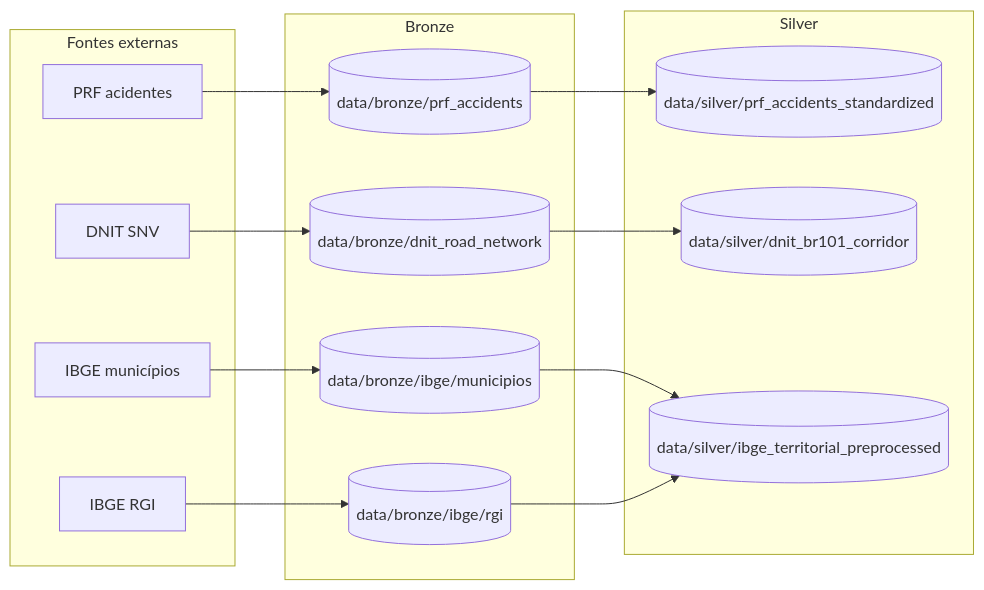
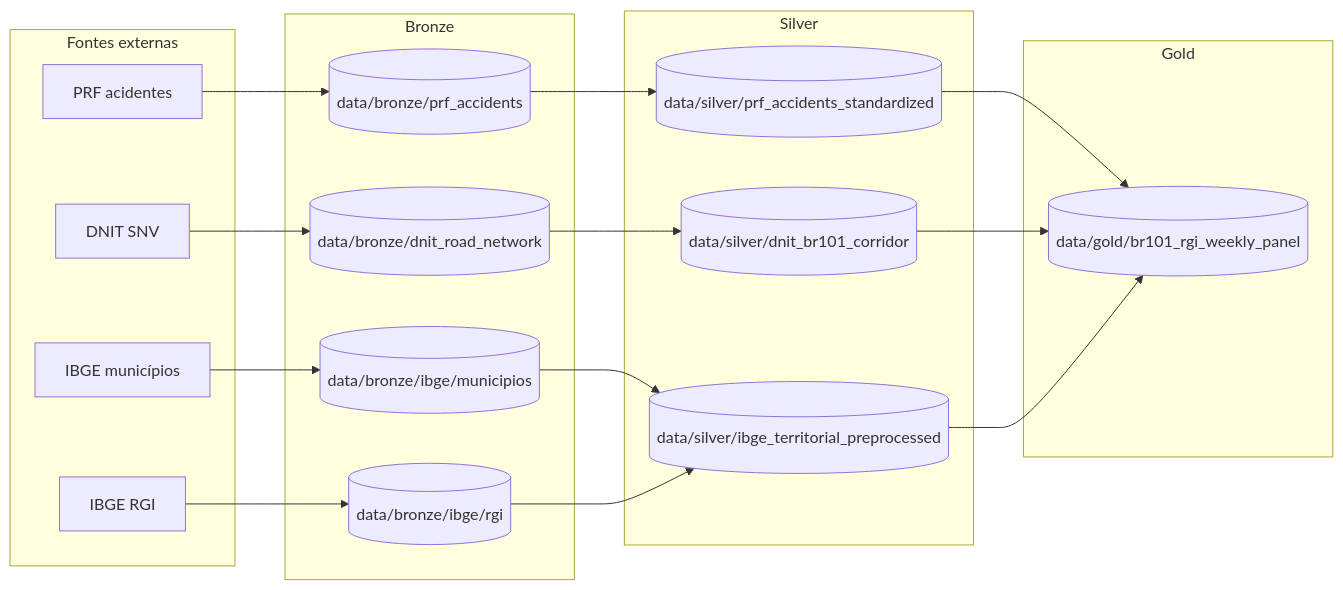
One commit to alwolmer/radar-prf-101 changed the diagram in README.md. Above: the diagram before and after it, drawn with Mermaid. The commit also changed other lines of this file and 7 other files, not shown here.

````diff
--- a/README.md
+++ b/README.md
@@ -32,27 +32,34 @@
 ```mermaid
 flowchart LR
     subgraph Sources[Fontes externas]
         PRF[PRF acidentes]
         DNIT[DNIT SNV]
         IBGEM[IBGE municípios]
         IBGER[IBGE RGI]
     end
 
     subgraph Bronze[Bronze]
         PRFB[(data/bronze/prf_accidents)]
         DNITB[(data/bronze/dnit_road_network)]
         MUNB[(data/bronze/ibge/municipios)]
         RGIB[(data/bronze/ibge/rgi)]
     end
 
     subgraph Silver[Silver]
         PRFS[(data/silver/prf_accidents_standardized)]
         DNITS[(data/silver/dnit_br101_corridor)]
         IBGES[(data/silver/ibge_territorial_preprocessed)]
     end
 
+    subgraph Gold[Gold]
+        RGIW[(data/gold/br101_rgi_weekly_panel)]
+    end
+
     PRF --> PRFB --> PRFS
     DNIT --> DNITB --> DNITS
     IBGEM --> MUNB --> IBGES
     IBGER --> RGIB --> IBGES
+    PRFS --> RGIW
+    DNITS --> RGIW
+    IBGES --> RGIW
 ```
````
